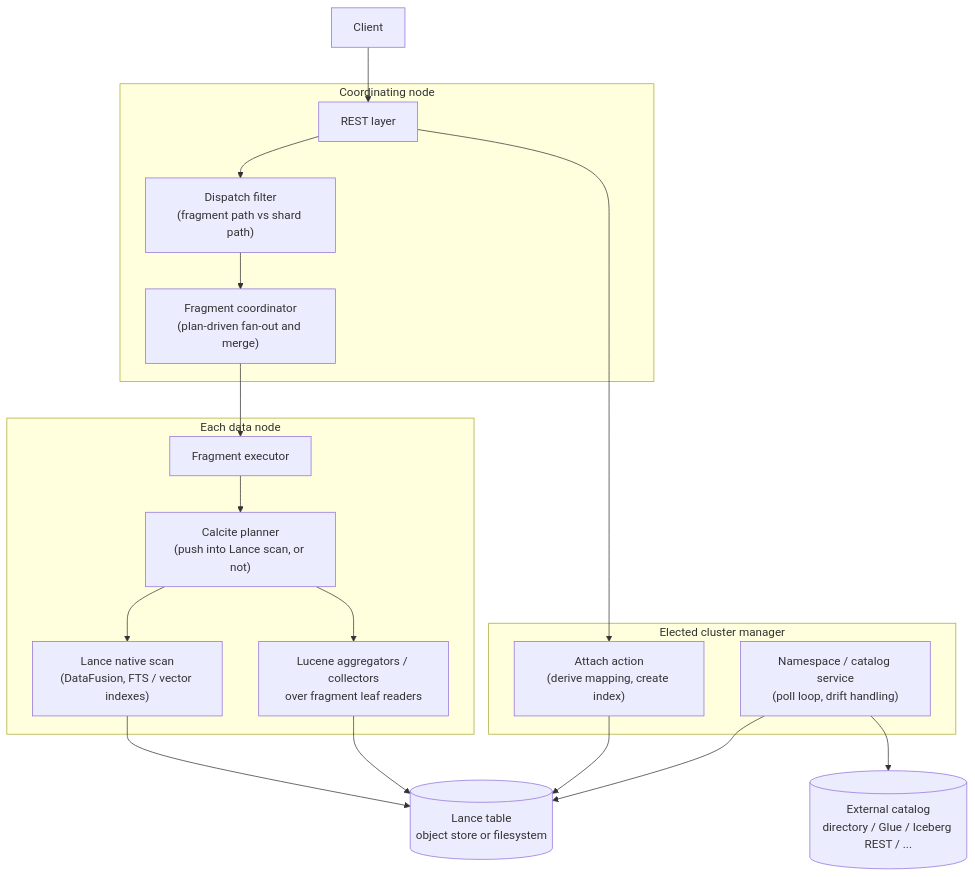
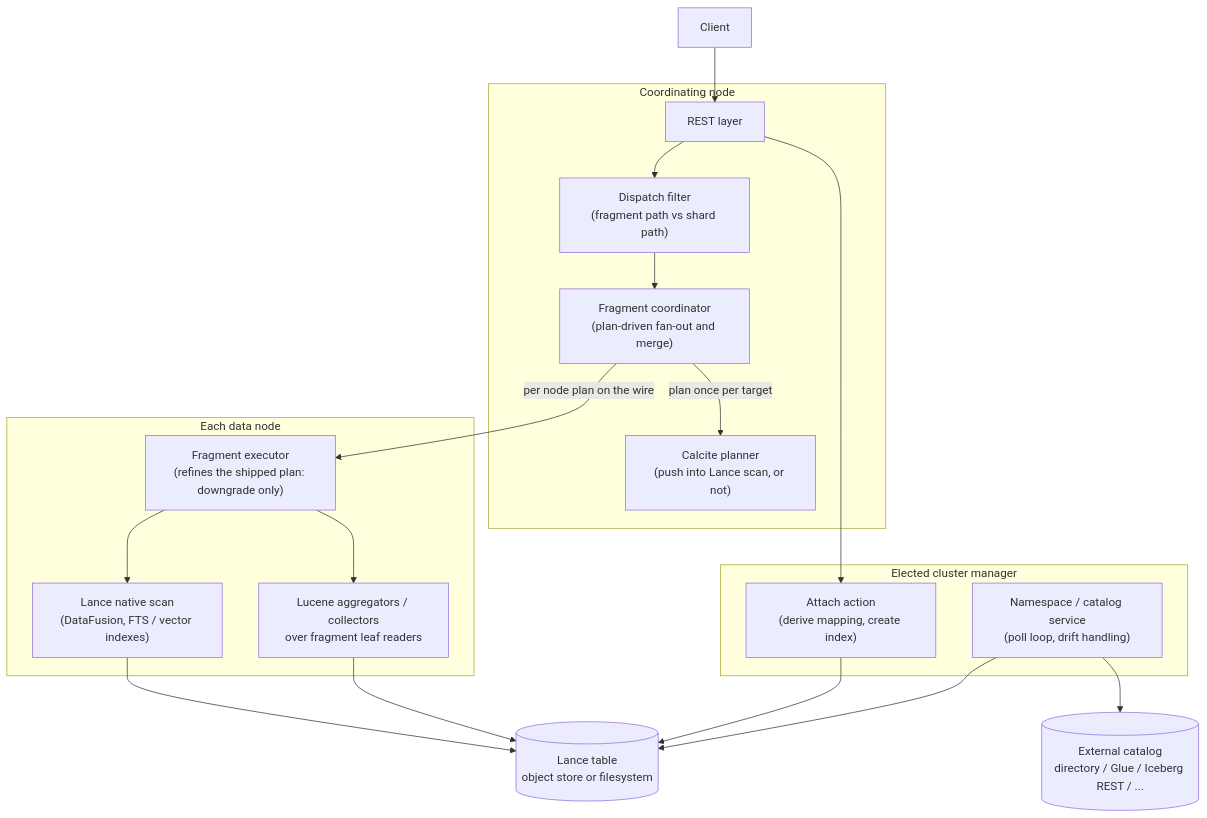
The first of 4 diagrams in docs/architecture.md (lawofcycles/lance-opensearch), drawn with Mermaid before and after one commit. The commit also changed other lines of this file and 2 other files, not shown here.

First line of the commit message:
Document the two stage planning and the shipped per node plan

````diff
--- a/docs/architecture.md
+++ b/docs/architecture.md
@@ -48,34 +48,34 @@
 ```mermaid
 flowchart TD
     CL[Client]
     subgraph cm ["Elected cluster manager"]
         NS["Namespace / catalog service<br/>(poll loop, drift handling)"]
         AT["Attach action<br/>(derive mapping, create index)"]
     end
     subgraph coord ["Coordinating node"]
         RE["REST layer"]
         DF["Dispatch filter<br/>(fragment path vs shard path)"]
+        PL["Calcite planner<br/>(push into Lance scan, or not)"]
         CO["Fragment coordinator<br/>(plan-driven fan-out and merge)"]
     end
     subgraph data ["Each data node"]
-        EX["Fragment executor"]
-        PL["Calcite planner<br/>(push into Lance scan, or not)"]
+        EX["Fragment executor<br/>(refines the shipped plan: downgrade only)"]
         LU["Lucene aggregators / collectors<br/>over fragment leaf readers"]
         LN["Lance native scan<br/>(DataFusion, FTS / vector indexes)"]
     end
     ST[("Lance table<br/>object store or filesystem")]
     CAT[("External catalog<br/>directory / Glue / Iceberg REST / ...")]
     CL --> RE
     RE --> AT
     RE --> DF
     DF --> CO
-    CO --> EX
-    EX --> PL
-    PL --> LN
-    PL --> LU
+    CO -- "plan once per target" --> PL
+    CO -- "per node plan on the wire" --> EX
+    EX --> LN
+    EX --> LU
     LN --> ST
     LU --> ST
     AT --> ST
     NS --> CAT
     NS --> ST
 ```
````
